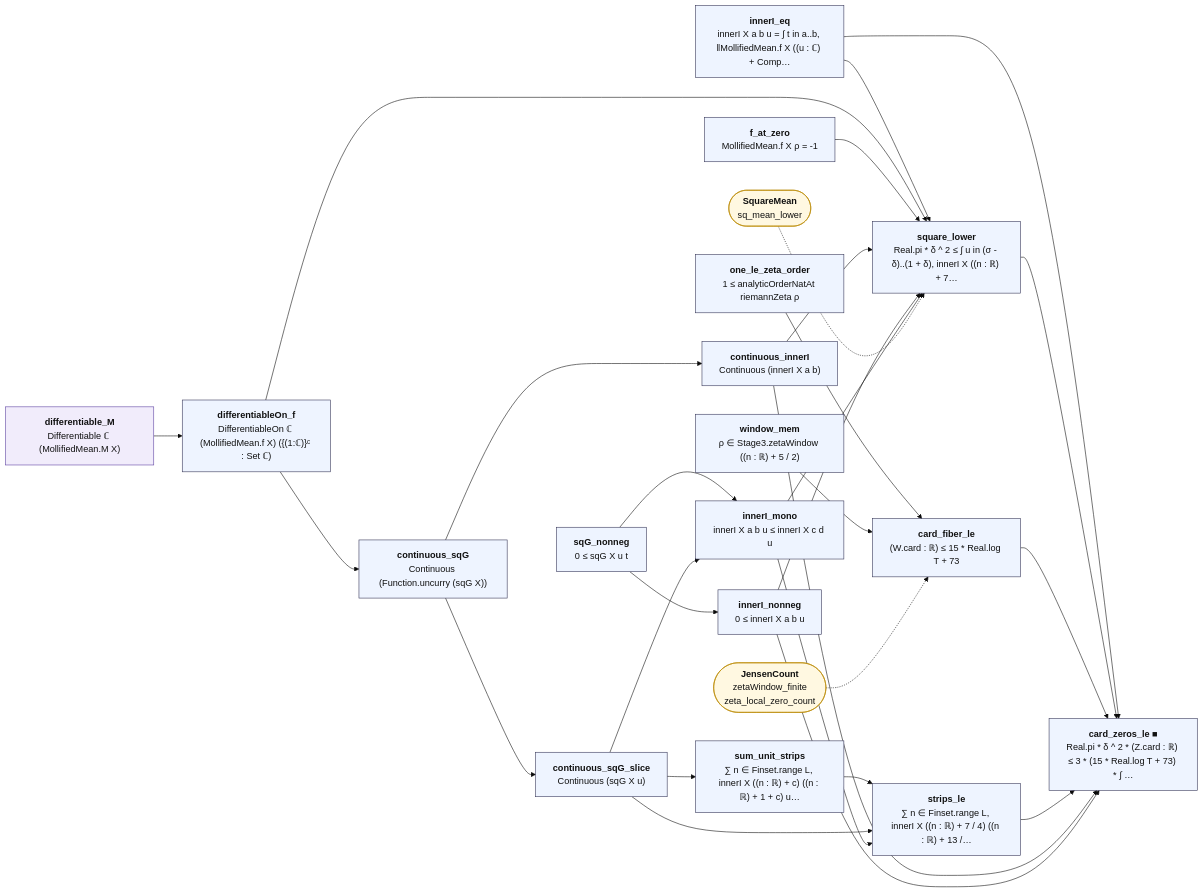
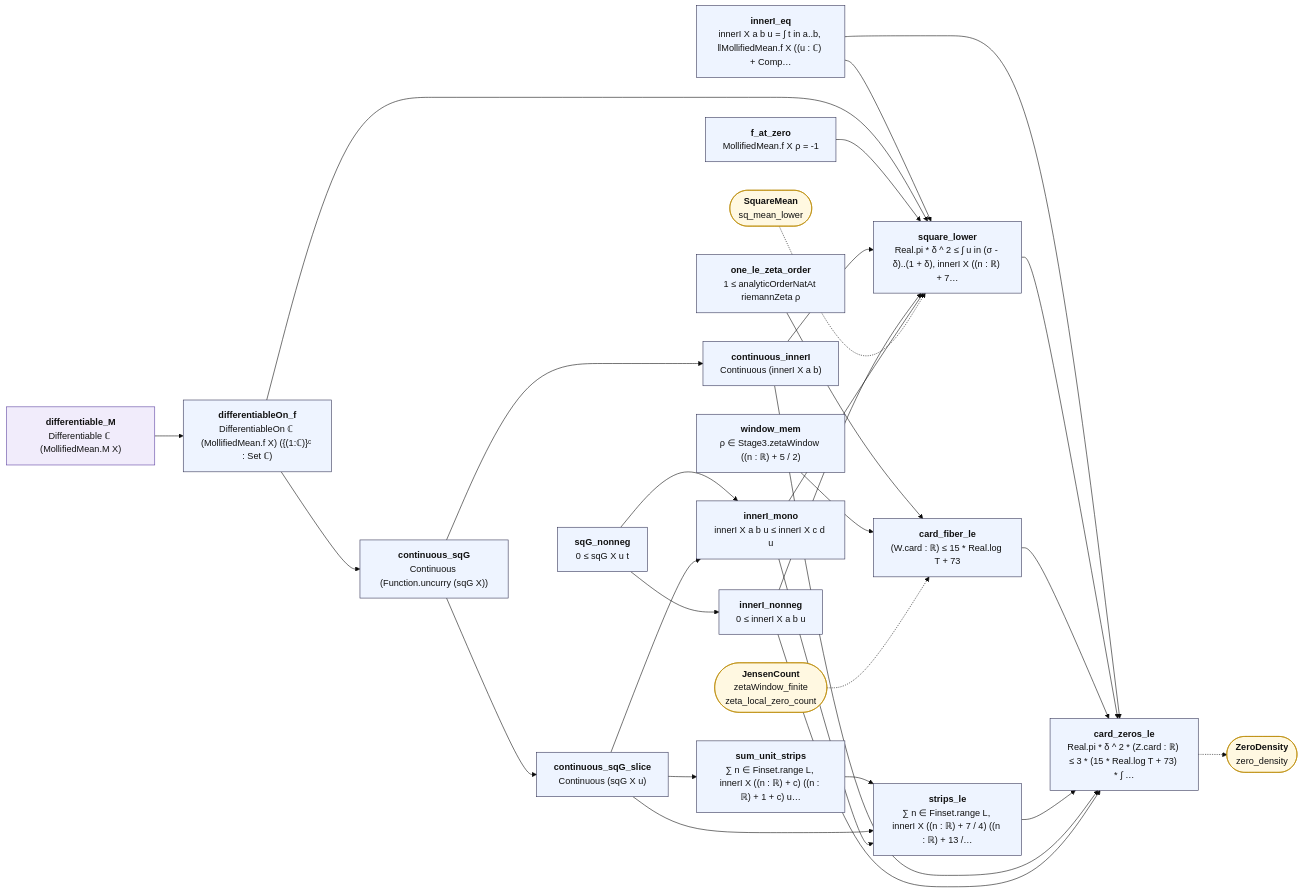
One commit to juliansambranojr/Primebeat_081426 changed the diagram in map/lean_stage3/ZeroSquares.mmd. Above: the diagram before and after it, drawn with Mermaid (base theme). The commit also changed 33 other files, not shown here.

First line of the commit message:
C6: a zero-density bound with a power saving at every real part above one half (unit 0454)

```diff
--- a/map/lean_stage3/ZeroSquares.mmd
+++ b/map/lean_stage3/ZeroSquares.mmd
@@ -1,55 +1,57 @@
 flowchart LR
   n0["<b>one_le_zeta_order</b><br/>1 ≤ analyticOrderNatAt riemannZeta ρ"]:::thm
   n1["<b>differentiable_M</b><br/>Differentiable ℂ (MollifiedMean.M X)"]:::shp
   n2["<b>differentiableOn_f</b><br/>DifferentiableOn ℂ (MollifiedMean.f X) ({(1:ℂ)}ᶜ : Set ℂ)"]:::thm
   n3["<b>f_at_zero</b><br/>MollifiedMean.f X ρ = -1"]:::thm
   n4["<b>continuous_sqG</b><br/>Continuous (Function.uncurry (sqG X))"]:::thm
   n5["<b>sqG_nonneg</b><br/>0 ≤ sqG X u t"]:::thm
   n6["<b>continuous_sqG_slice</b><br/>Continuous (sqG X u)"]:::thm
   n7["<b>continuous_innerI</b><br/>Continuous (innerI X a b)"]:::thm
   n8["<b>innerI_nonneg</b><br/>0 ≤ innerI X a b u"]:::thm
   n9["<b>innerI_mono</b><br/>innerI X a b u ≤ innerI X c d u"]:::thm
   n10["<b>innerI_eq</b><br/>innerI X a b u = ∫ t in a..b, ‖MollifiedMean.f X ((u : ℂ) + Comp…"]:::thm
   n11["<b>square_lower</b><br/>Real.pi * δ ^ 2 ≤ ∫ u in (σ - δ)..(1 + δ), innerI X ((n : ℝ) + 7…"]:::thm
   n12["<b>window_mem</b><br/>ρ ∈ Stage3.zetaWindow ((n : ℝ) + 5 / 2)"]:::thm
   n13["<b>card_fiber_le</b><br/>(W.card : ℝ) ≤ 15 * Real.log T + 73"]:::thm
   n14["<b>sum_unit_strips</b><br/>∑ n ∈ Finset.range L, innerI X ((n : ℝ) + c) ((n : ℝ) + 1 + c) u…"]:::thm
   n15["<b>strips_le</b><br/>∑ n ∈ Finset.range L, innerI X ((n : ℝ) + 7 / 4) ((n : ℝ) + 13 /…"]:::thm
-  n16["<b>card_zeros_le ■</b><br/>Real.pi * δ ^ 2 * (Z.card : ℝ) ≤ 3 * (15 * Real.log T + 73) * ∫ …"]:::thm
+  n16["<b>card_zeros_le</b><br/>Real.pi * δ ^ 2 * (Z.card : ℝ) ≤ 3 * (15 * Real.log T + 73) * ∫ …"]:::thm
   x0(["<b>SquareMean</b><br/>sq_mean_lower"]):::ext
   x1(["<b>JensenCount</b><br/>zetaWindow_finite<br/>zeta_local_zero_count"]):::ext
+  x2(["<b>ZeroDensity</b><br/>zero_density"]):::ext
   n0 --> n13
   n1 --> n2
   n10 --> n11
   n10 --> n16
   n11 --> n16
   n12 --> n13
   n13 --> n16
   n14 --> n15
   n15 --> n16
   n2 --> n11
   n2 --> n4
   n3 --> n11
   n4 --> n6
   n4 --> n7
   n5 --> n8
   n5 --> n9
   n6 --> n14
   n6 --> n15
   n6 --> n9
   n7 --> n11
   n7 --> n16
   n8 --> n11
   n8 --> n16
   n9 --> n11
   n9 --> n15
+  n16 -.-> x2
   x0 -.-> n11
   x1 -.-> n13
   classDef cnt fill:#dff5ec,stroke:#17694a,color:#111
   classDef shp fill:#f1ecfb,stroke:#5b3fa0,color:#111
   classDef rh fill:#ffe5e5,stroke:#c22,color:#111,stroke-width:2px
   classDef thm fill:#eef4ff,stroke:#335,color:#111
   classDef end_ fill:#e7f7e7,stroke:#2a7,color:#111,stroke-width:2px
   classDef lone fill:#fff,stroke:#999,color:#111,stroke-dasharray:4 3
   classDef bad fill:#ffe5e5,stroke:#c22,color:#111,stroke-width:2px
   classDef ext fill:#fff8e1,stroke:#b80,color:#111
```
